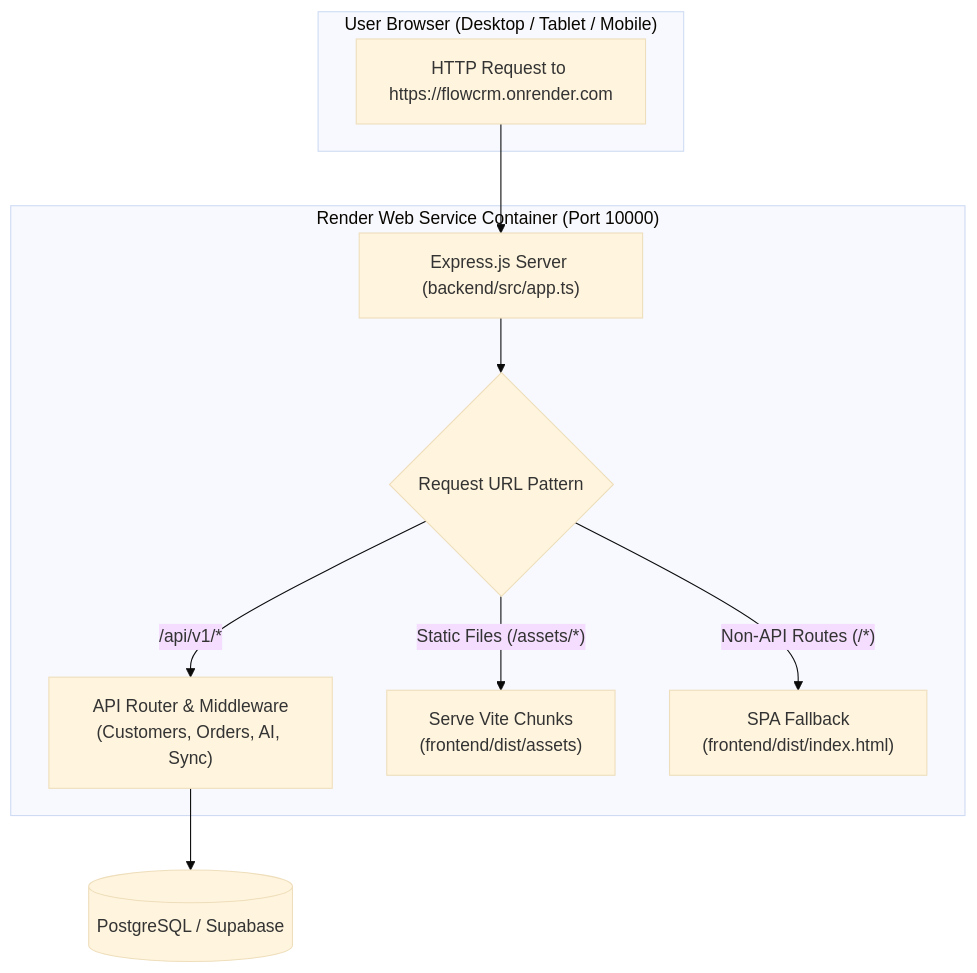
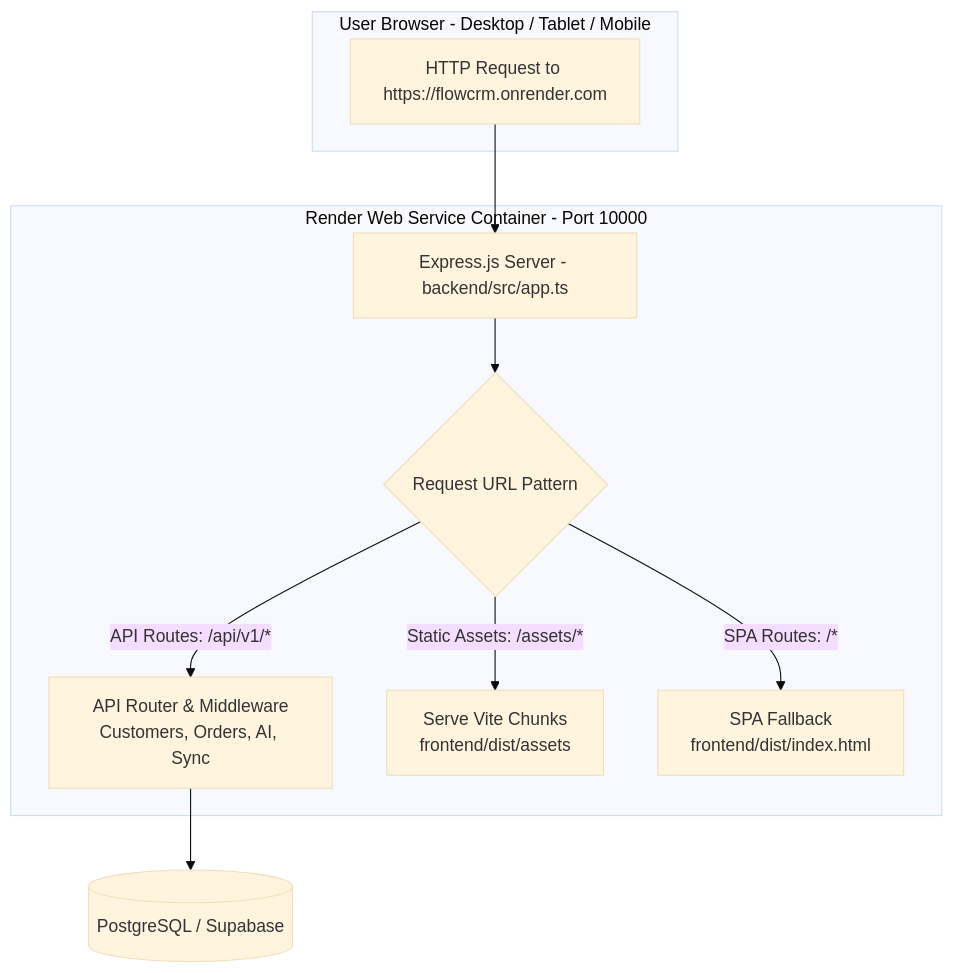
One commit to ByteLounge/CRM changed the sixth of 6 diagrams in README.md. Above: the diagram before and after it, drawn with Mermaid (base theme). The commit also changed other lines of this file, not shown here.

Commit message:
fix(docs): fix Mermaid edge label syntax and unquoted parentheses for GitHub parser

````diff
--- a/README.md
+++ b/README.md
@@ -294,21 +294,21 @@
 ```mermaid
 flowchart TD
-    subgraph Browser ["User Browser (Desktop / Tablet / Mobile)"]
+    subgraph Browser ["User Browser - Desktop / Tablet / Mobile"]
         UserReq["HTTP Request to https://flowcrm.onrender.com"]
     end
 
-    subgraph RenderContainer ["Render Web Service Container (Port 10000)"]
-        ExpressApp["Express.js Server (backend/src/app.ts)"]
+    subgraph RenderContainer ["Render Web Service Container - Port 10000"]
+        ExpressApp["Express.js Server - backend/src/app.ts"]
         
         RouteCheck{"Request URL Pattern"}
         
         ExpressApp --> RouteCheck
         
-        RouteCheck -- "/api/v1/*" --> ApiRoutes["API Router & Middleware<br/>(Customers, Orders, AI, Sync)"]
-        RouteCheck -- Static Files (/assets/*) --> StaticAssets["Serve Vite Chunks<br/>(frontend/dist/assets)"]
-        RouteCheck -- Non-API Routes (/*) --> SPAFallback["SPA Fallback<br/>(frontend/dist/index.html)"]
+        RouteCheck -- "API Routes: /api/v1/*" --> ApiRoutes["API Router & Middleware<br/>Customers, Orders, AI, Sync"]
+        RouteCheck -- "Static Assets: /assets/*" --> StaticAssets["Serve Vite Chunks<br/>frontend/dist/assets"]
+        RouteCheck -- "SPA Routes: /*" --> SPAFallback["SPA Fallback<br/>frontend/dist/index.html"]
     end
 
     UserReq --> ExpressApp
     ApiRoutes --> DB[("PostgreSQL / Supabase")]
 ```
````
